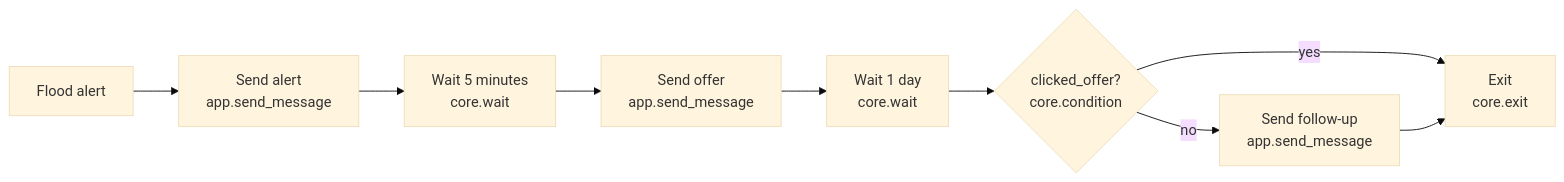
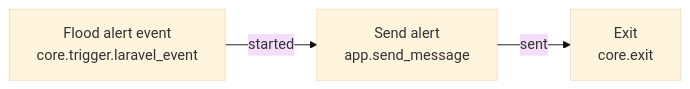
The diagram in docs/gitbook/example-application/overview.md (mikelmao/laravel-nodeflow), drawn with Mermaid (base theme) before and after one commit. The commit also changed other lines of this file and 34 other files, not shown here.

````diff
--- a/docs/gitbook/example-application/overview.md
+++ b/docs/gitbook/example-application/overview.md
@@ -11,11 +11,5 @@
 ```mermaid
 flowchart LR
-    alert["Flood alert"] --> sendAlert["Send alert\napp.send_message"]
-    sendAlert --> waitOffer["Wait 5 minutes\ncore.wait"]
-    waitOffer --> sendOffer["Send offer\napp.send_message"]
-    sendOffer --> waitResponse["Wait 1 day\ncore.wait"]
-    waitResponse --> clicked{"clicked_offer?\ncore.condition"}
-    clicked -->|yes| done["Exit\ncore.exit"]
-    clicked -->|no| followUp["Send follow-up\napp.send_message"]
-    followUp --> done
+    alert["Flood alert event\ncore.trigger.laravel_event"] -->|started| sendAlert["Send alert\napp.send_message"]
+    sendAlert -->|sent| done["Exit\ncore.exit"]
 ```
````
